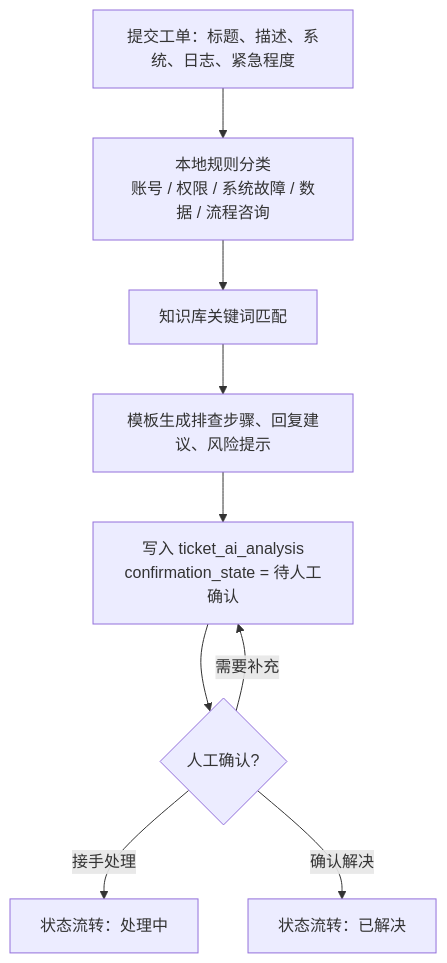
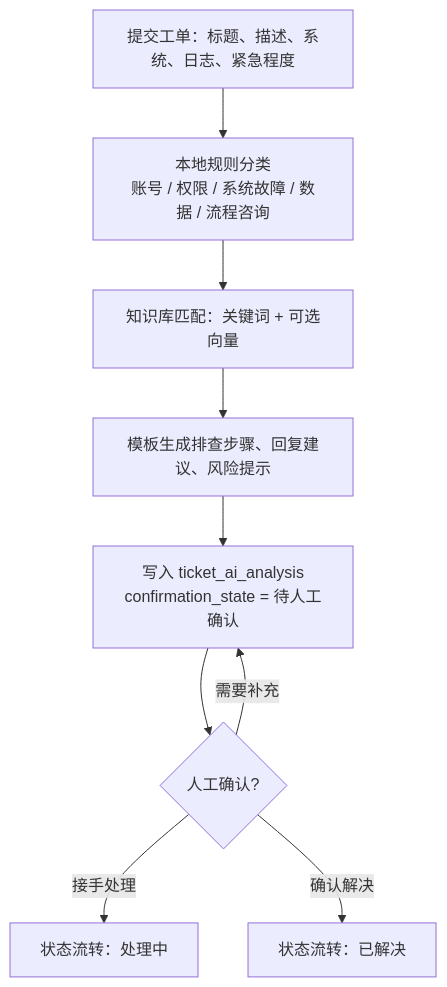
Before and after one commit to jameswilson87156-del/enterprise-ai-ticket-copilot: the third of 4 diagrams in docs/architecture.md, drawn with Mermaid. The commit also changed other lines of this file and 25 other files, not shown here.

Commit message:
feat: add AI classification and retrieval evaluation flows

````diff
--- a/docs/architecture.md
+++ b/docs/architecture.md
@@ -58,11 +62,11 @@
 ```mermaid
 flowchart TD
   intake["提交工单：标题、描述、系统、日志、紧急程度"] --> classify["本地规则分类<br/>账号 / 权限 / 系统故障 / 数据 / 流程咨询"]
-  classify --> match["知识库关键词匹配"]
+  classify --> match["知识库匹配：关键词 + 可选向量"]
   match --> recommend["模板生成排查步骤、回复建议、风险提示"]
   recommend --> pending["写入 ticket_ai_analysis<br/>confirmation_state = 待人工确认"]
   pending --> human{"人工确认?"}
   human -- 接手处理 --> in_progress["状态流转：处理中"]
   human -- 需要补充 --> pending
   human -- 确认解决 --> resolved["状态流转：已解决"]
 ```
````
